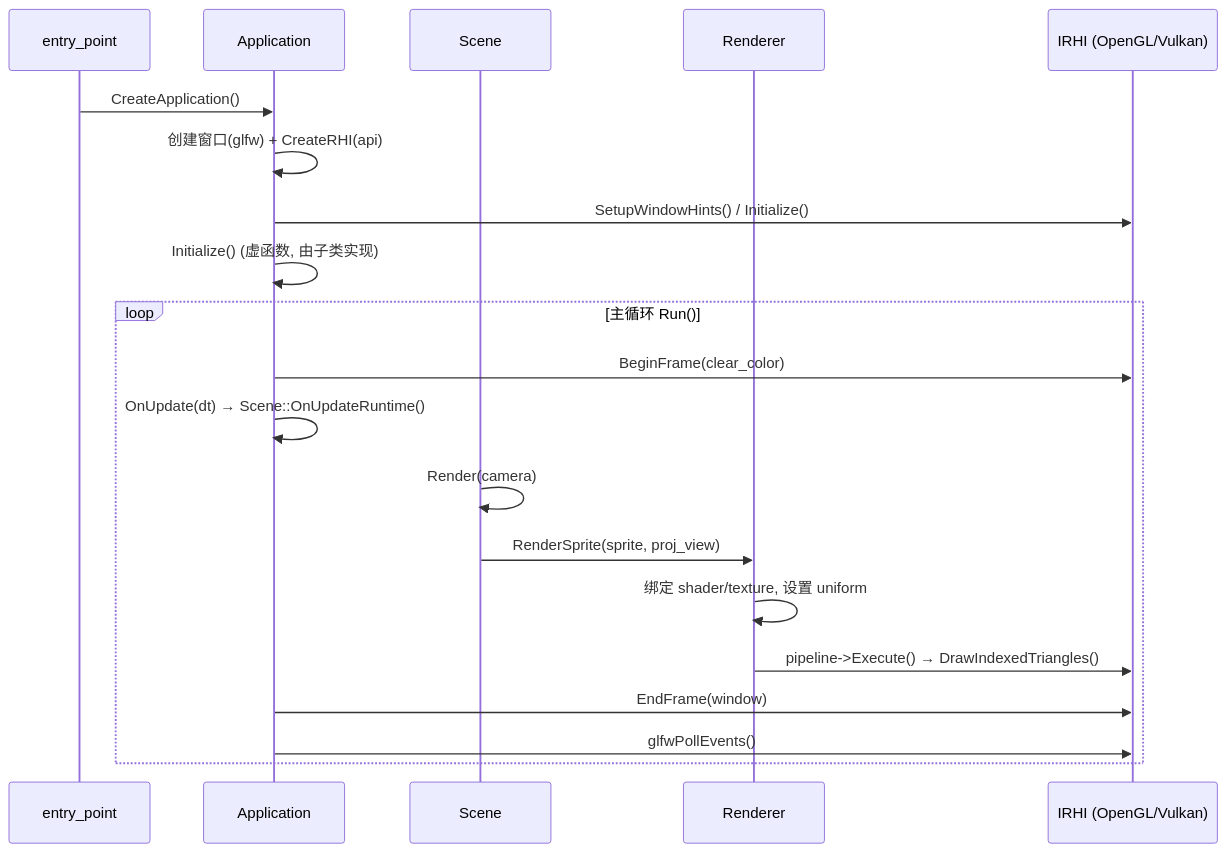
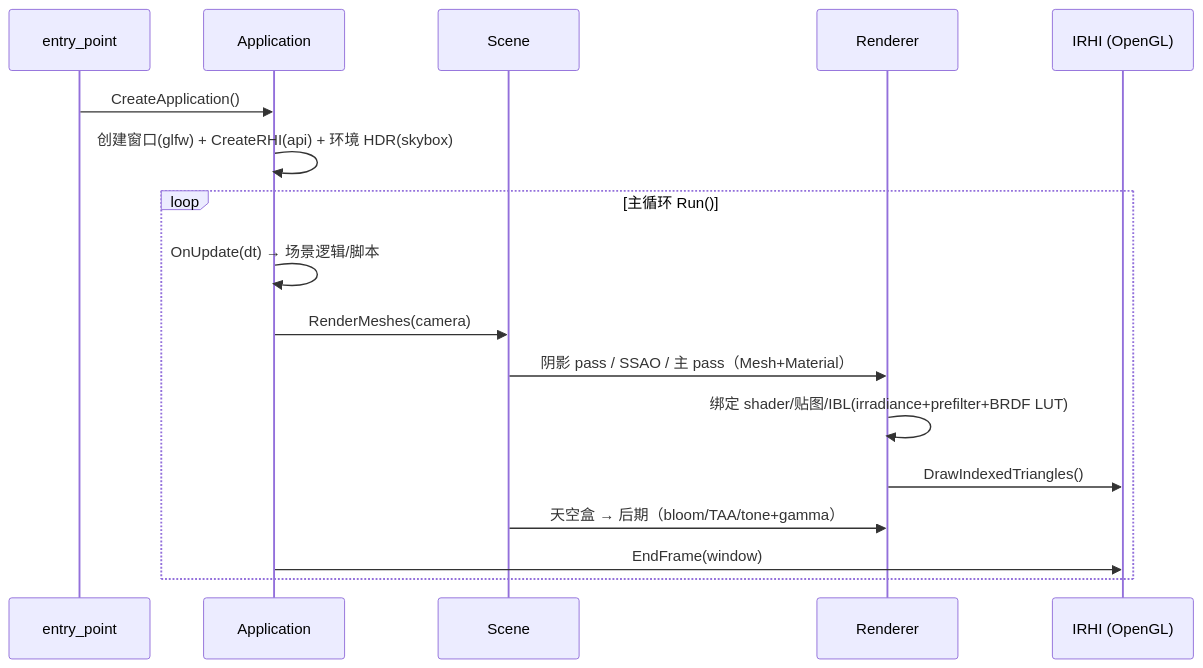
Before and after one commit to MiaoHN/MEngine: the second of 2 diagrams in docs/architecture.md, drawn with Mermaid. The commit also changed other lines of this file and 2 other files, not shown here.

Commit message:
docs: sync architecture/rendering/status for M6 LO-porting era (3 pipelines, tone modes, BRDF LUT, IBL specular toggle, examples tree)

````diff
--- a/docs/architecture.md
+++ b/docs/architecture.md
@@ -83,23 +100,20 @@
 ```mermaid
 sequenceDiagram
     participant Main as entry_point
     participant App as Application
     participant Scene
     participant Renderer
-    participant RHI as IRHI (OpenGL/Vulkan)
+    participant RHI as IRHI (OpenGL)
 
     Main->>App: CreateApplication()
-    App->>App: 创建窗口(glfw) + CreateRHI(api)
-    App->>RHI: SetupWindowHints() / Initialize()
-    App->>App: Initialize() (虚函数, 由子类实现)
+    App->>App: 创建窗口(glfw) + CreateRHI(api) + 环境 HDR(skybox)
     loop 主循环 Run()
-        App->>RHI: BeginFrame(clear_color)
-        App->>App: OnUpdate(dt)  → Scene::OnUpdateRuntime()
-        Scene->>Scene: Render(camera)
-        Scene->>Renderer: RenderSprite(sprite, proj_view)
-        Renderer->>Renderer: 绑定 shader/texture, 设置 uniform
-        Renderer->>RHI: pipeline->Execute() → DrawIndexedTriangles()
+        App->>App: OnUpdate(dt) → 场景逻辑/脚本
+        App->>Scene: RenderMeshes(camera)
+        Scene->>Renderer: 阴影 pass / SSAO / 主 pass（Mesh+Material）
+        Renderer->>Renderer: 绑定 shader/贴图/IBL(irradiance+prefilter+BRDF LUT)
+        Renderer->>RHI: DrawIndexedTriangles()
+        Scene->>Renderer: 天空盒 → 后期（bloom/TAA/tone+gamma）
         App->>RHI: EndFrame(window)
-        App->>RHI: glfwPollEvents()
     end
 ```
````
